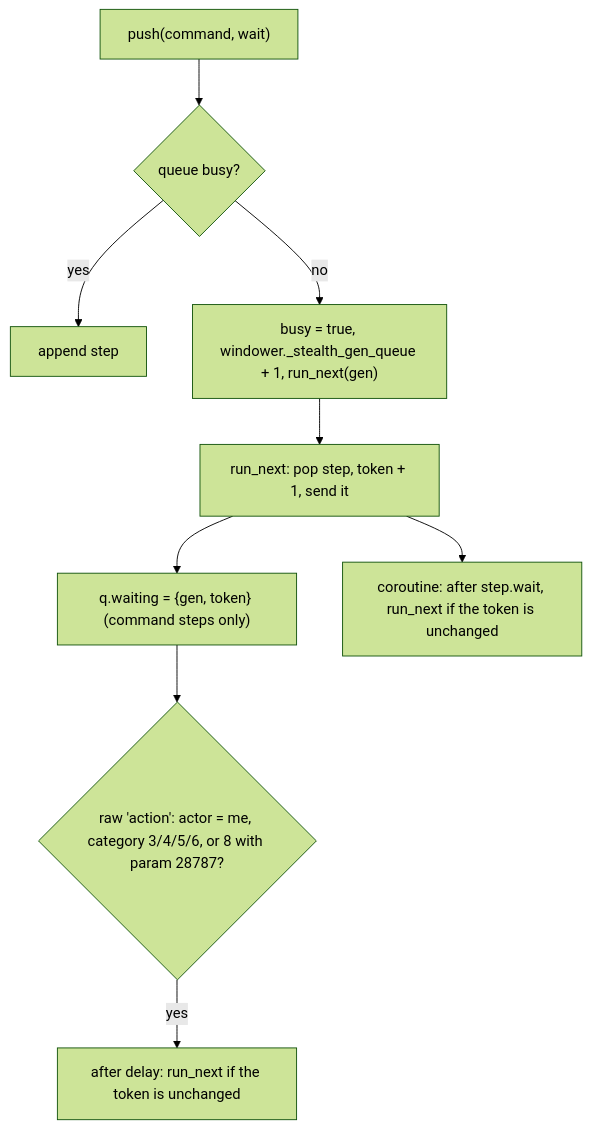
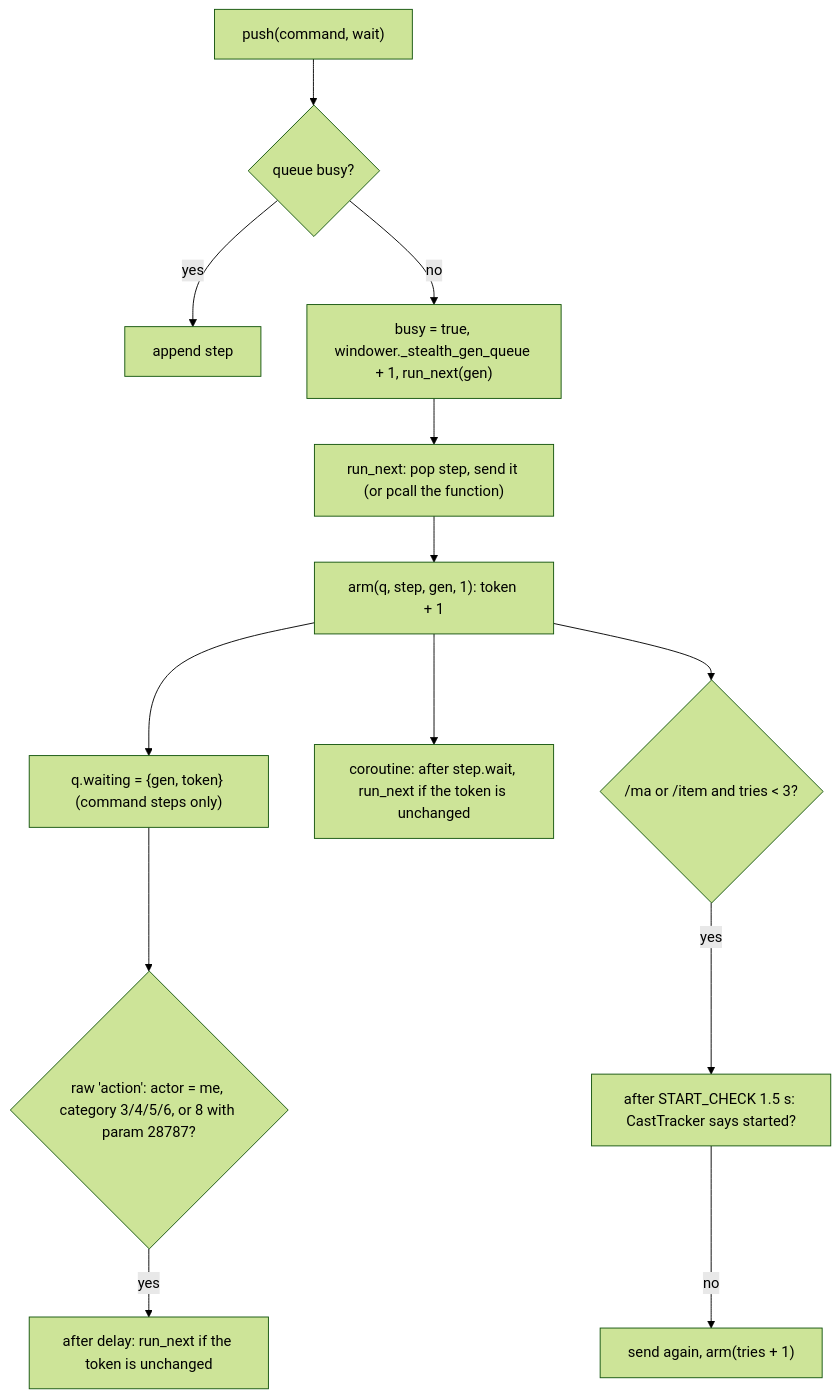
One commit to ejouanchicot/Gearswap changed the second of 2 diagrams in docs/dev/systems/stealth.md. Above: the diagram before and after it, drawn with Mermaid (forest theme). The commit also changed other lines of this file and 14 other files, not shown here.

First line of the commit message:
docs(dev): re-verify systems and architecture pages against the code

````diff
--- a/docs/dev/systems/stealth.md
+++ b/docs/dev/systems/stealth.md
@@ -99,11 +104,15 @@
 ```mermaid
 flowchart TD
     P["push(command, wait)"] --> B{"queue busy?"}
     B -- yes --> A["append step"]
     B -- no --> G["busy = true, windower._stealth_gen_queue + 1, run_next(gen)"]
-    G --> R["run_next: pop step, token + 1, send it"]
-    R --> W["q.waiting = {gen, token} (command steps only)"]
-    R --> F["coroutine: after step.wait, run_next if the token is unchanged"]
+    G --> R["run_next: pop step, send it (or pcall the function)"]
+    R --> AR["arm(q, step, gen, 1): token + 1"]
+    AR --> W["q.waiting = {gen, token} (command steps only)"]
+    AR --> F["coroutine: after step.wait, run_next if the token is unchanged"]
+    AR --> C{"/ma or /item and tries < 3?"}
+    C -- yes --> CK["after START_CHECK 1.5 s: CastTracker says started?"]
+    CK -- no --> RS["send again, arm(tries + 1)"]
     W --> E{"raw 'action': actor = me, category 3/4/5/6, or 8 with param 28787?"}
     E -- yes --> D["after delay: run_next if the token is unchanged"]
 ```
````
